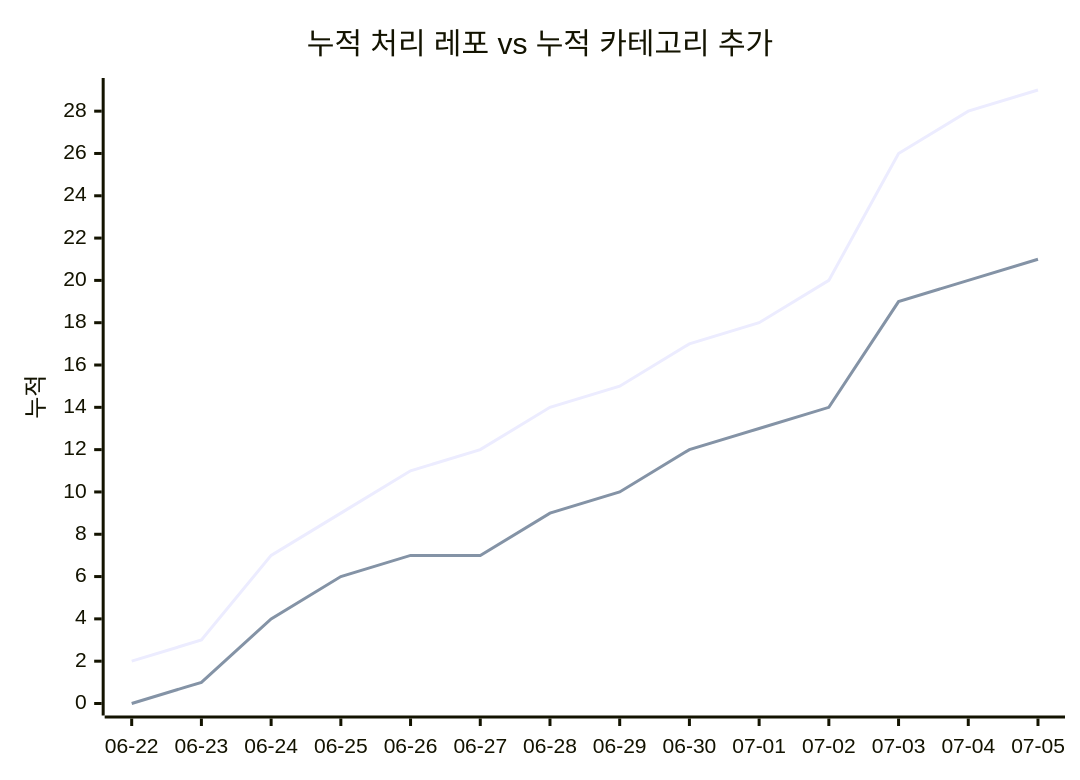
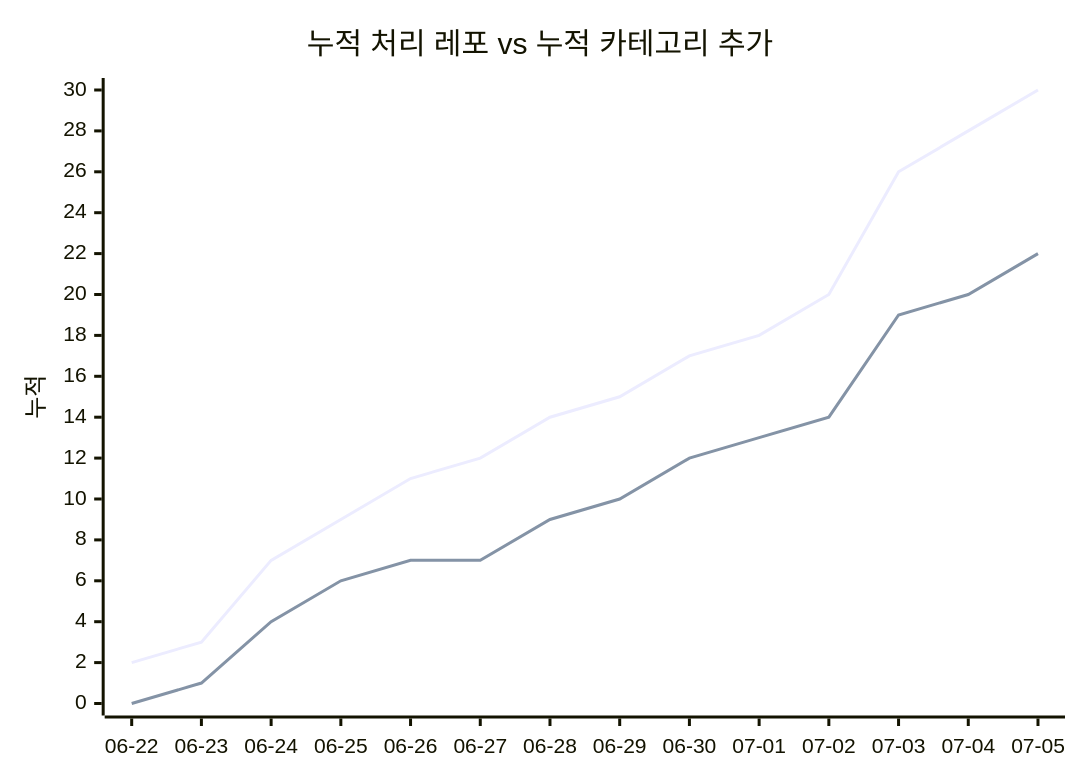
Before and after one commit to J-nowcow/awesome-korean-agent-skills: the second of 2 diagrams in docs/trends.md, drawn with Mermaid. The commit also changed other lines of this file and 3 other files, not shown here.

````diff
--- a/docs/trends.md
+++ b/docs/trends.md
@@ -68,8 +68,8 @@
 ```mermaid
 xychart-beta
     title "누적 처리 레포 vs 누적 카테고리 추가"
     x-axis ["06-22","06-23","06-24","06-25","06-26","06-27","06-28","06-29","06-30","07-01","07-02","07-03","07-04","07-05"]
     y-axis "누적"
-    line [2,3,7,9,11,12,14,15,17,18,20,26,28,29]
-    line [0,1,4,6,7,7,9,10,12,13,14,19,20,21]
+    line [2,3,7,9,11,12,14,15,17,18,20,26,28,30]
+    line [0,1,4,6,7,7,9,10,12,13,14,19,20,22]
 ```
````
